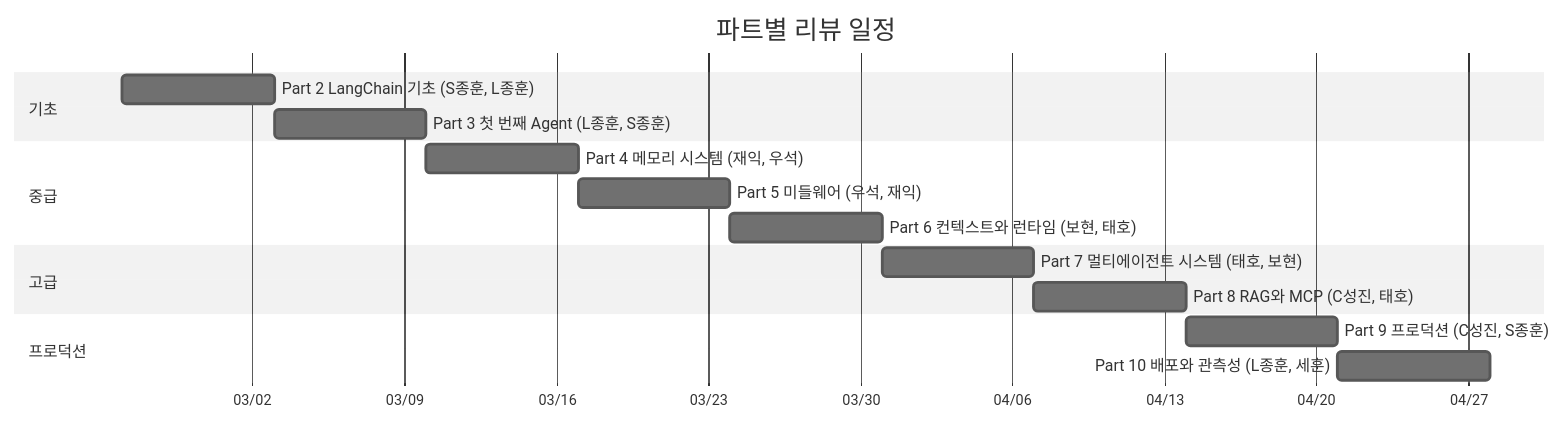
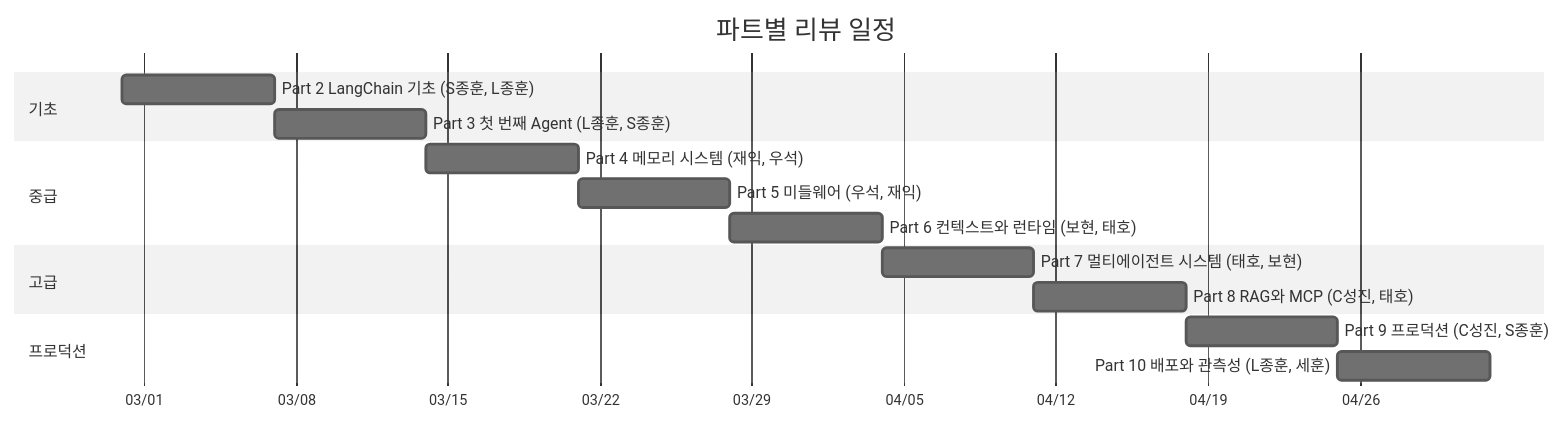
Before and after one commit to restful3/langchain-docs: the second of 5 diagrams in langchain/reviews/README.md, drawn with Mermaid (neutral theme). The commit also changed other lines of this file, not shown here.

Commit message:
Update review schedule: start 2026-02-28 every Saturday

````diff
--- a/langchain/reviews/README.md
+++ b/langchain/reviews/README.md
@@ -59,23 +59,23 @@
 ```mermaid
 gantt
     title 파트별 리뷰 일정
     dateFormat YYYY-MM-DD
     axisFormat %m/%d
 
     section 기초
-    Part 2 LangChain 기초 (S종훈, L종훈)     :p2, 2025-02-24, 7d
+    Part 2 LangChain 기초 (S종훈, L종훈)     :p2, 2026-02-28, 7d
     Part 3 첫 번째 Agent (L종훈, S종훈)       :p3, after p2, 7d
 
     section 중급
     Part 4 메모리 시스템 (재익, 우석)          :p4, after p3, 7d
     Part 5 미들웨어 (우석, 재익)              :p5, after p4, 7d
     Part 6 컨텍스트와 런타임 (보현, 태호)      :p6, after p5, 7d
 
     section 고급
     Part 7 멀티에이전트 시스템 (태호, 보현)    :p7, after p6, 7d
     Part 8 RAG와 MCP (C성진, 태호)            :p8, after p7, 7d
 
     section 프로덕션
     Part 9 프로덕션 (C성진, S종훈)             :p9, after p8, 7d
     Part 10 배포와 관측성 (L종훈, 세훈)        :p10, after p9, 7d
 ```
````
